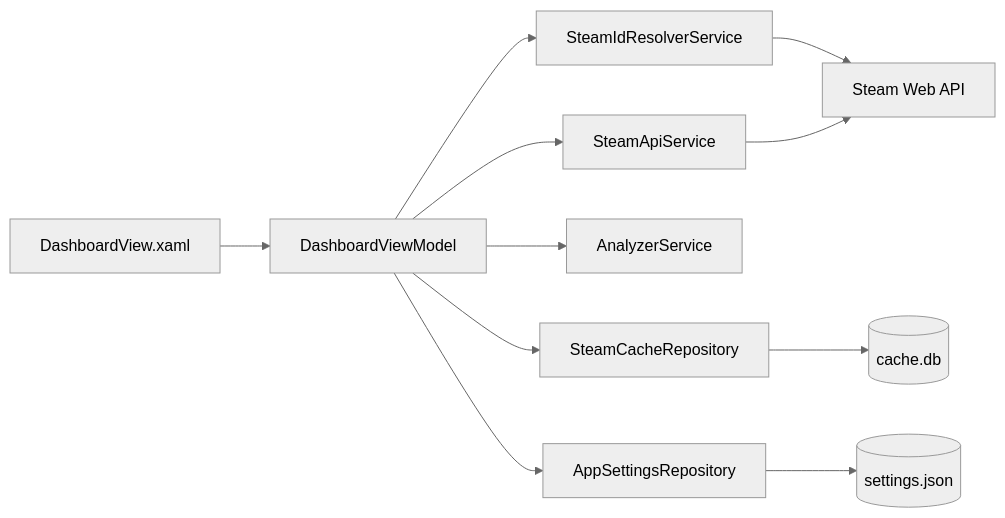
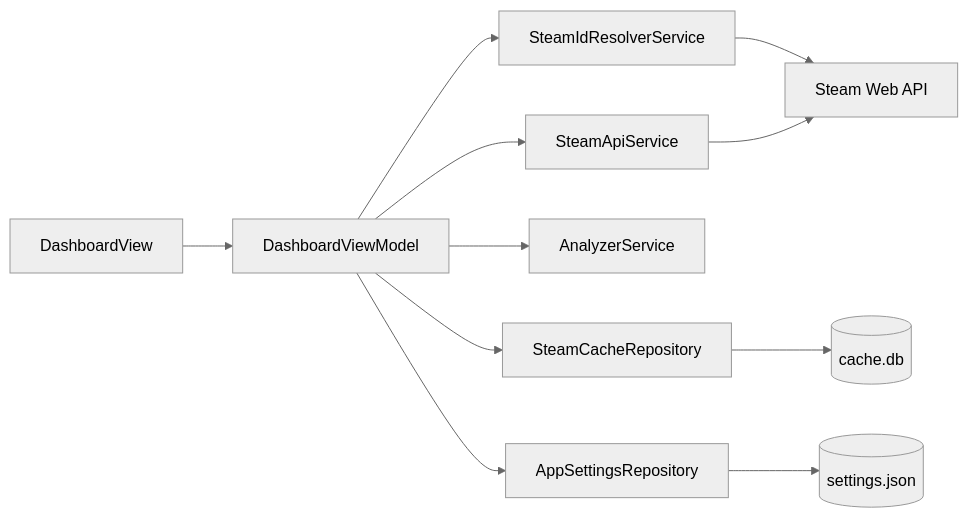
One commit to Maplelanyan/OpenSteamAnalyzer changed the diagram in README.md. Above: the diagram before and after it, drawn with Mermaid (neutral theme). The commit also changed other lines of this file and 1 other file, not shown here.

````diff
--- a/README.md
+++ b/README.md
@@ -301,14 +153,13 @@
 ```mermaid
 flowchart LR
-    View[DashboardView.xaml] --> ViewModel[DashboardViewModel]
-    ViewModel --> Resolver[SteamIdResolverService]
-    ViewModel --> Api[SteamApiService]
-    ViewModel --> Analyzer[AnalyzerService]
-    ViewModel --> Cache[SteamCacheRepository]
-    ViewModel --> Settings[AppSettingsRepository]
-
-    Resolver --> SteamAPI[Steam Web API]
-    Api --> SteamAPI
-    Cache --> SQLite[(cache.db)]
-    Settings --> LocalSettings[(settings.json)]
+    View["DashboardView"] --> ViewModel["DashboardViewModel"]
+    ViewModel --> Resolver["SteamIdResolverService"]
+    ViewModel --> Api["SteamApiService"]
+    ViewModel --> Analyzer["AnalyzerService"]
+    ViewModel --> Cache["SteamCacheRepository"]
+    ViewModel --> Settings["AppSettingsRepository"]
+    Resolver --> Steam["Steam Web API"]
+    Api --> Steam
+    Cache --> Db[("cache.db")]
+    Settings --> Json[("settings.json")]
 ```
````
